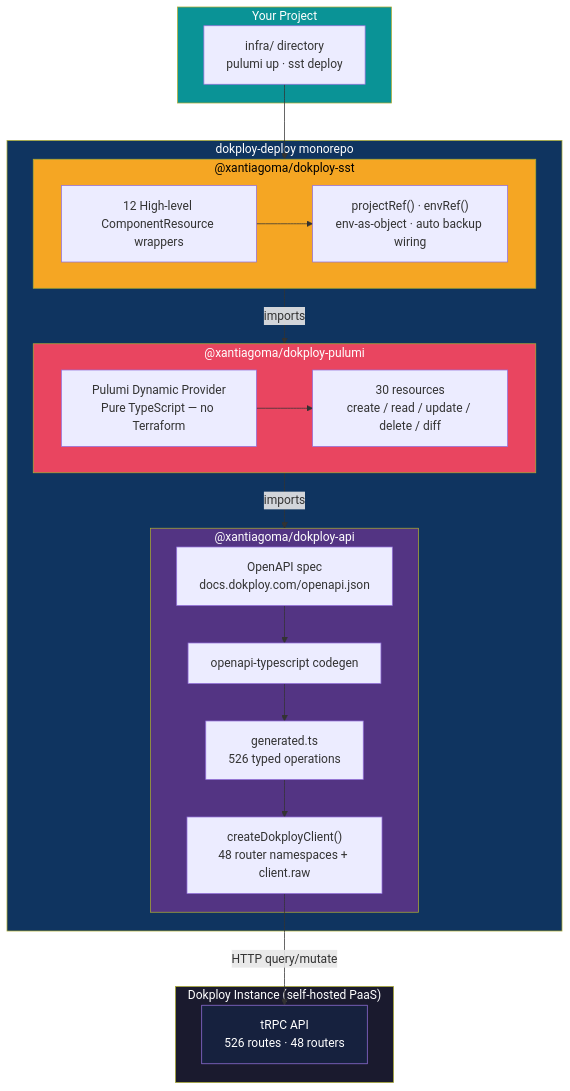
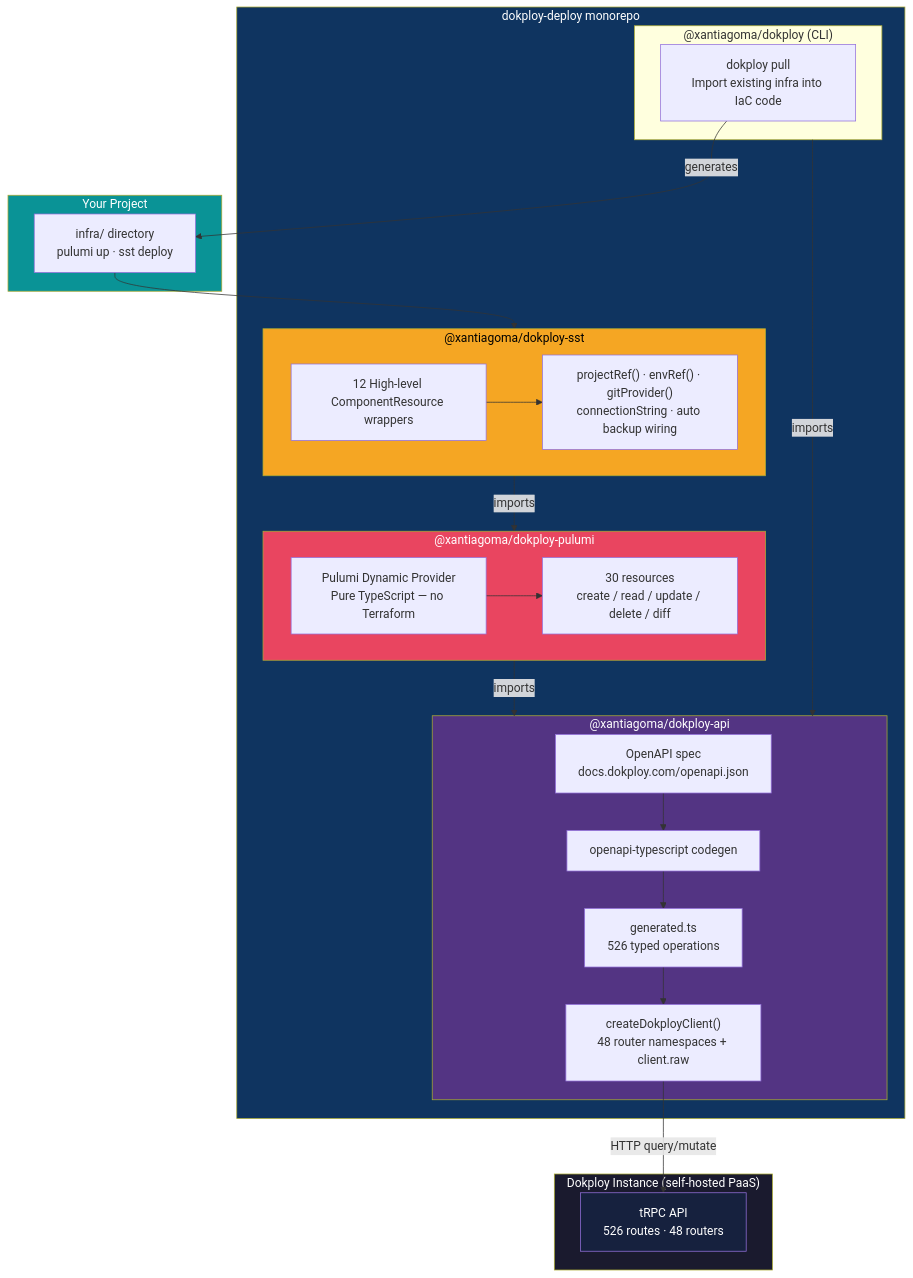
One commit to xantiagoma/dokploy-deploy changed the first of 3 diagrams in README.md. Above: the diagram before and after it, drawn with Mermaid. The commit also changed other lines of this file and 1 other file, not shown here.

First line of the commit message:
docs: add CLI package to README and CLAUDE.md

````diff
--- a/README.md
+++ b/README.md
@@ -187,48 +204,54 @@
 ```mermaid
 graph TB
     subgraph dokploy["Dokploy Instance (self-hosted PaaS)"]
         api["tRPC API\n526 routes · 48 routers"]
     end
 
     subgraph monorepo["dokploy-deploy monorepo"]
         subgraph api-client["@xantiagoma/dokploy-api"]
             openapi["OpenAPI spec\ndocs.dokploy.com/openapi.json"]
             codegen["openapi-typescript codegen"]
             generated["generated.ts\n526 typed operations"]
             client["createDokployClient()\n48 router namespaces + client.raw"]
 
             openapi --> codegen --> generated --> client
         end
 
         subgraph pulumi-pkg["@xantiagoma/dokploy-pulumi"]
             dynamic["Pulumi Dynamic Provider\nPure TypeScript — no Terraform"]
             resources["30 resources\ncreate / read / update / delete / diff"]
 
             dynamic --> resources
         end
 
         subgraph sst-pkg["@xantiagoma/dokploy-sst"]
             components["12 High-level ComponentResource wrappers"]
-            helpers["projectRef() · envRef()\nenv-as-object · auto backup wiring"]
+            helpers["projectRef() · envRef() · gitProvider()\nconnectionString · auto backup wiring"]
 
             components --> helpers
+        end
+
+        subgraph cli-pkg["@xantiagoma/dokploy (CLI)"]
+            pull["dokploy pull\nImport existing infra into IaC code"]
         end
     end
 
     subgraph your-project["Your Project"]
         infra["infra/ directory\npulumi up · sst deploy"]
     end
 
     client -- "HTTP query/mutate" --> api
     pulumi-pkg -- "imports" --> api-client
     sst-pkg -- "imports" --> pulumi-pkg
+    cli-pkg -- "imports" --> api-client
+    pull -- "generates" --> infra
     infra --> sst-pkg
 
     style dokploy fill:#1a1a2e,color:#fff
     style api fill:#16213e,color:#fff
     style monorepo fill:#0f3460,color:#fff
     style api-client fill:#533483,color:#fff
     style pulumi-pkg fill:#e94560,color:#fff
     style sst-pkg fill:#f5a623,color:#000
     style your-project fill:#0a9396,color:#fff
 ```
````
